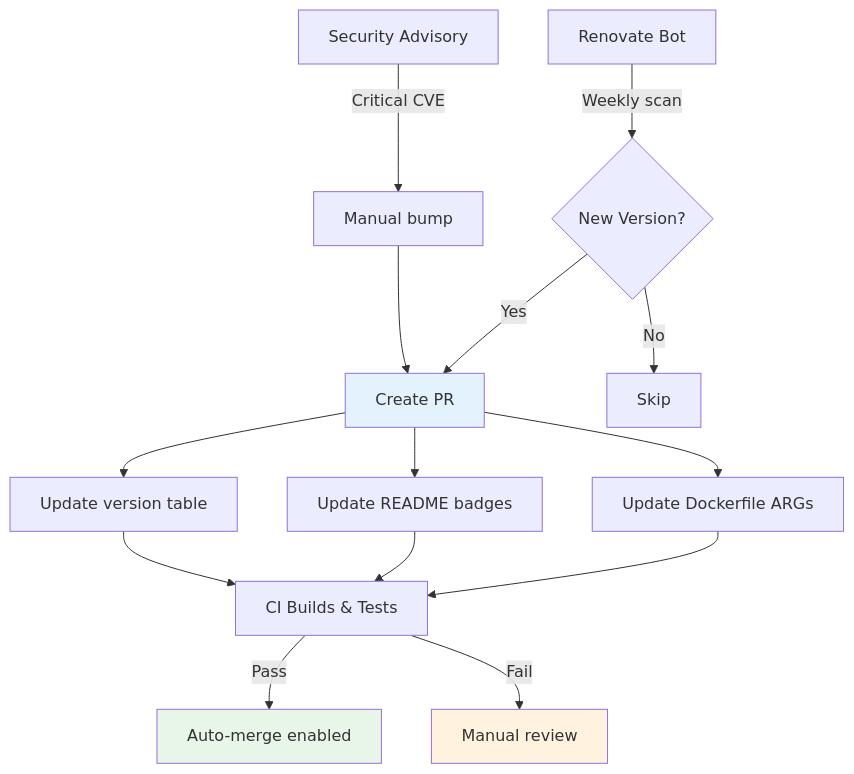
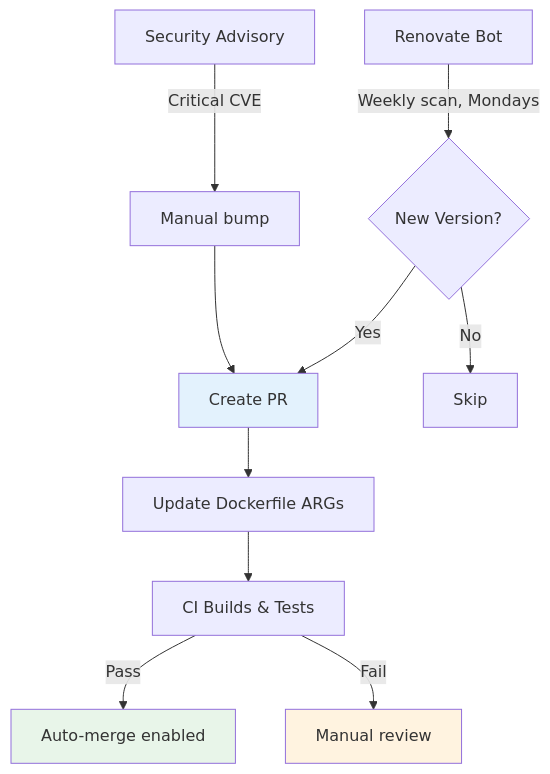
Before and after one commit to malpanez/ansible-devcontainer-vscode: the sixth of 11 diagrams in docs/ARCHITECTURE.md, drawn with Mermaid. The commit also changed other lines of this file and 26 other files, not shown here.

````diff
--- a/docs/ARCHITECTURE.md
+++ b/docs/ARCHITECTURE.md
@@ -239,21 +224,19 @@
 ```mermaid
 graph TD
-    A[Renovate Bot] -->|Weekly scan| B{New Version?}
+    A[Renovate Bot] -->|Weekly scan, Mondays| B{New Version?}
     B -->|Yes| C[Create PR]
     B -->|No| D[Skip]
 
     C --> E[Update Dockerfile ARGs]
-    C --> F[Update README badges]
-    C --> G[Update version table]
 
-    E & F & G --> H[CI Builds & Tests]
+    E --> H[CI Builds & Tests]
     H -->|Pass| I[Auto-merge enabled]
     H -->|Fail| J[Manual review]
 
     K[Security Advisory] -->|Critical CVE| L[Manual bump]
     L --> C
 
     style C fill:#e3f2fd
     style I fill:#e8f5e9
     style J fill:#fff3e0
 ```
````
